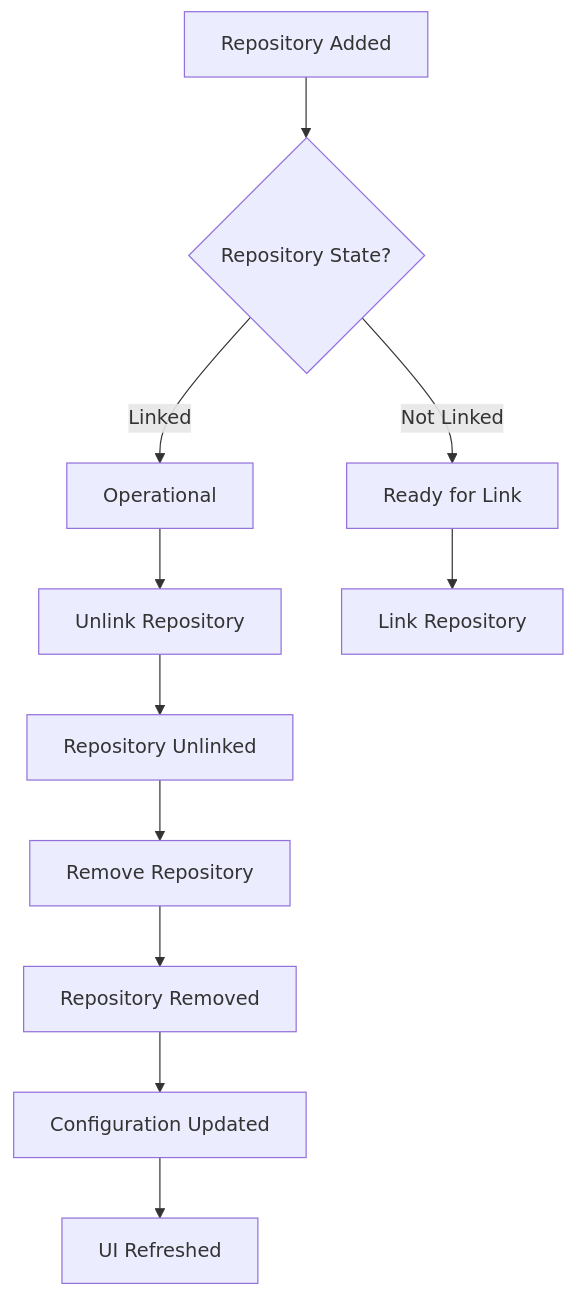
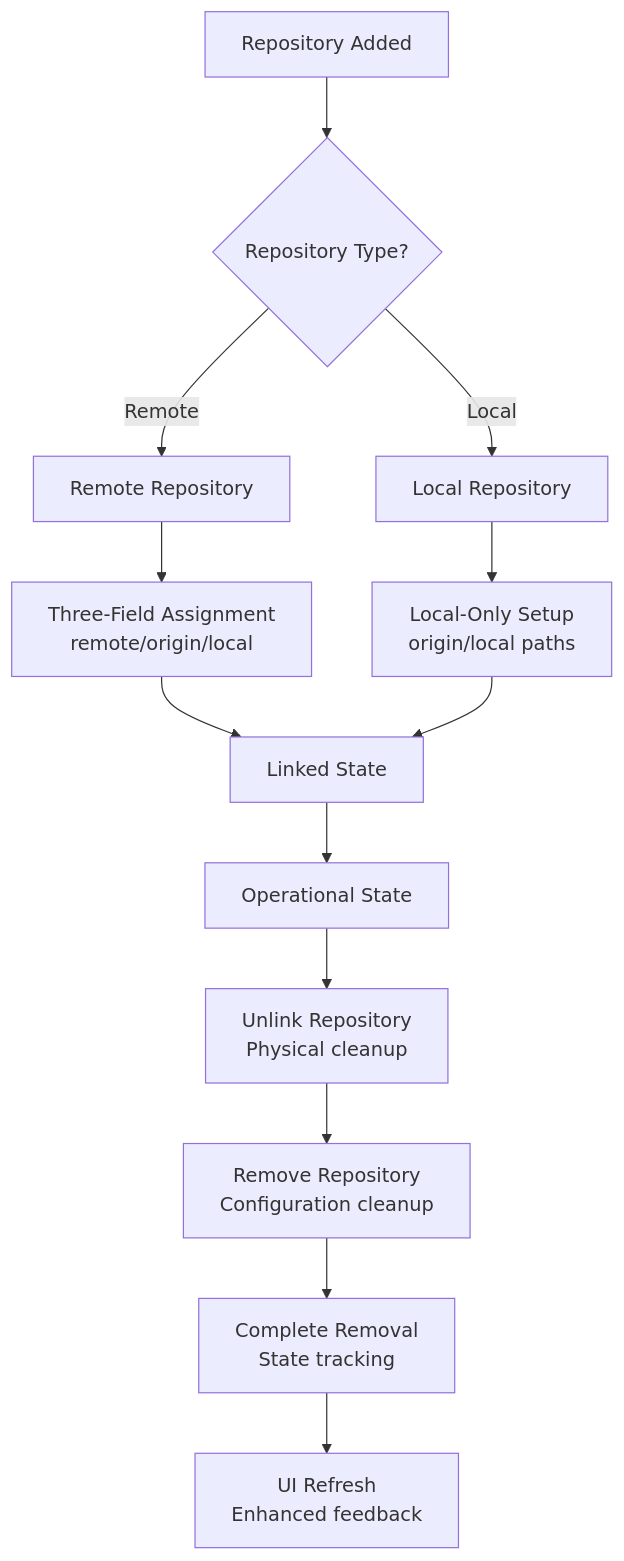
One commit to HWH-2019/vdw changed the third of 4 diagrams in .qoder/repowiki/en/content/Core Features Documentation/Workspace Configuration Management (.vdwrc).md. Above: the diagram before and after it, drawn with Mermaid. The commit also changed other lines of this file and 12 other files, not shown here.

````diff
--- a/.qoder/repowiki/en/content/Core Features Documentation/Workspace Configuration Management (.vdwrc).md
+++ b/.qoder/repowiki/en/content/Core Features Documentation/Workspace Configuration Management (.vdwrc).md
@@ -306,13 +332,15 @@
 ```mermaid
 flowchart TD
-A["Repository Added"] --> B{"Repository State?"}
-B --> |Linked| C["Operational"]
-B --> |Not Linked| D["Ready for Link"]
-C --> E["Unlink Repository"]
-D --> F["Link Repository"]
-E --> G["Repository Unlinked"]
-G --> H["Remove Repository"]
-H --> I["Repository Removed"]
-I --> J["Configuration Updated"]
-J --> K["UI Refreshed"]
+A["Repository Added"] --> B{"Repository Type?"}
+B --> |Remote| C["Remote Repository"]
+B --> |Local| D["Local Repository"]
+C --> E["Three-Field Assignment<br/>remote/origin/local"]
+D --> F["Local-Only Setup<br/>origin/local paths"]
+E --> G["Linked State"]
+F --> G
+G --> H["Operational State"]
+H --> I["Unlink Repository<br/>Physical cleanup"]
+I --> J["Remove Repository<br/>Configuration cleanup"]
+J --> K["Complete Removal<br/>State tracking"]
+K --> L["UI Refresh<br/>Enhanced feedback"]
 ```
````
